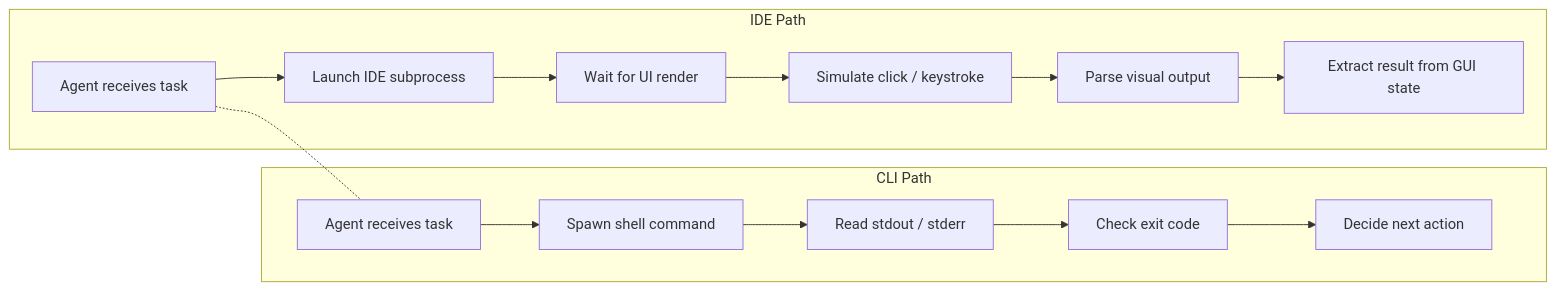
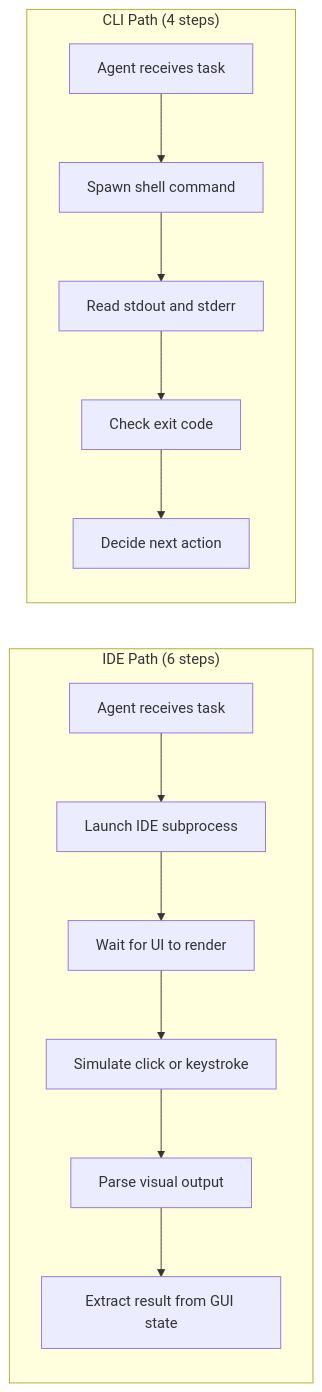
The diagram in docs/part1/1.1 The Great IDE Exodus.md (RichardScottOZ/Acceleralpho-Evolution-of-Coding-Agents-and-Agentic-Harnesses), drawn with Mermaid before and after one commit. The commit also changed other lines of this file, not shown here.

First line of the commit message:
Add chapter 1.1 The Great IDE Exodus — book opening section

````diff
--- a/docs/part1/1.1 The Great IDE Exodus.md
+++ b/docs/part1/1.1 The Great IDE Exodus.md
@@ -28,19 +78,17 @@
 ```mermaid
 flowchart LR
-    subgraph IDE Path
+    subgraph IDE["IDE Path (6 steps)"]
         A1[Agent receives task] --> B1[Launch IDE subprocess]
-        B1 --> C1[Wait for UI render]
-        C1 --> D1[Simulate click / keystroke]
+        B1 --> C1[Wait for UI to render]
+        C1 --> D1[Simulate click or keystroke]
         D1 --> E1[Parse visual output]
         E1 --> F1[Extract result from GUI state]
     end
 
-    subgraph CLI Path
+    subgraph CLI["CLI Path (4 steps)"]
         A2[Agent receives task] --> B2[Spawn shell command]
-        B2 --> C2[Read stdout / stderr]
+        B2 --> C2[Read stdout and stderr]
         C2 --> D2[Check exit code]
         D2 --> E2[Decide next action]
     end
-
-    A1 -.- A2
 ```
````
